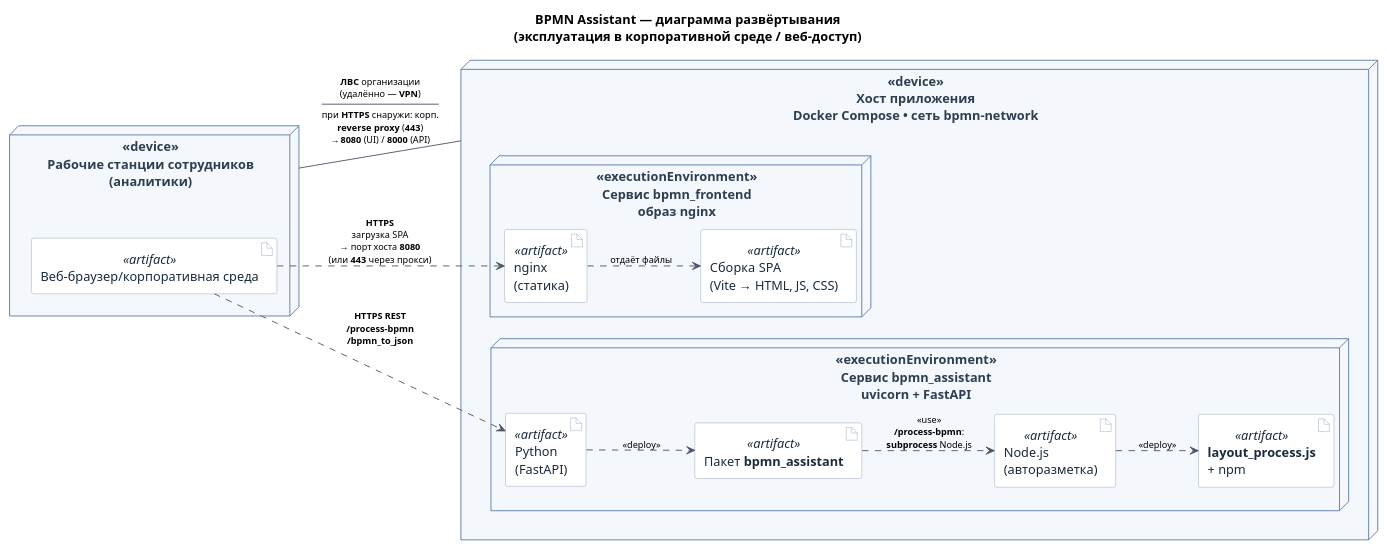
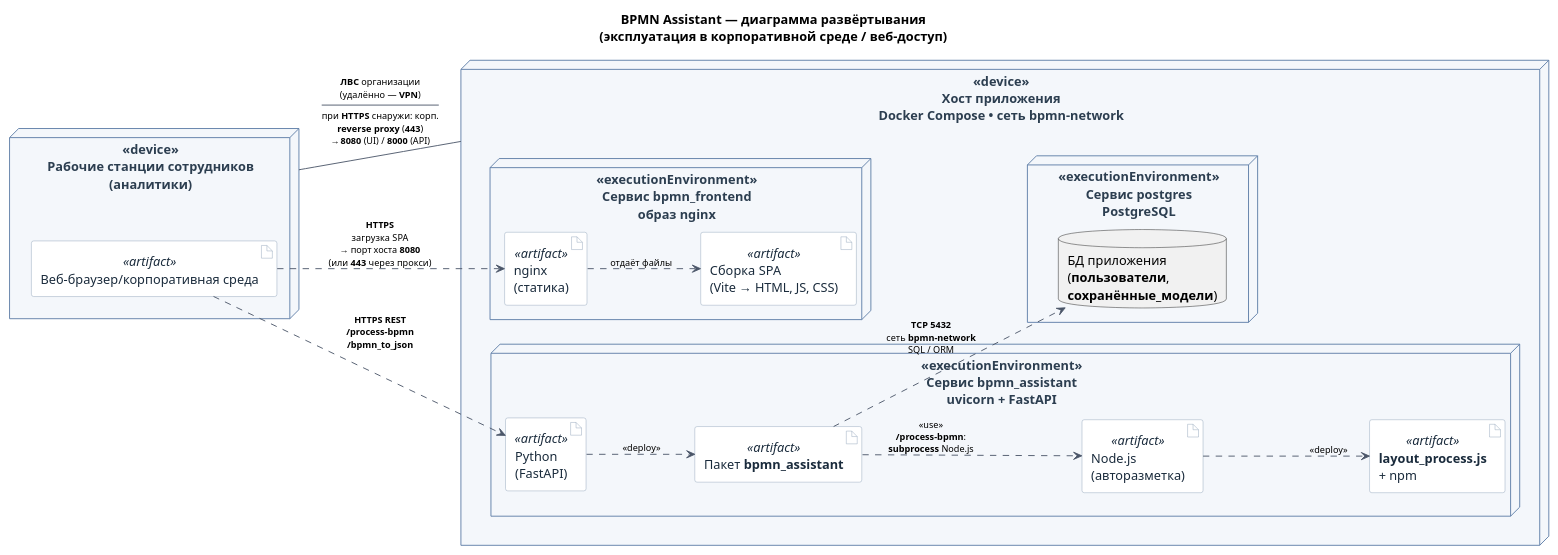
The diagram in docs/bpmn-assistant-deployment-diagram.puml (EmiliyaZhukovich/BPMN), drawn with PlantUML before and after one commit. The commit also changed 5 other files, not shown here.

```diff
--- a/docs/bpmn-assistant-deployment-diagram.puml
+++ b/docs/bpmn-assistant-deployment-diagram.puml
@@ -1,69 +1,75 @@
 @startuml bpmn-assistant-deployment-diagram
 title BPMN Assistant — диаграмма развёртывания\n(эксплуатация в корпоративной среде / веб-доступ)
 
 left to right direction
 
 skinparam shadowing false
 skinparam handwritten false
 skinparam nodesep 50
 skinparam ranksep 48
 skinparam packageStyle rectangle
 skinparam component {
   BackgroundColor #E8EEF7
   BorderColor #3D5A80
   FontColor #1A2B3C
 }
 skinparam node {
   BackgroundColor #F4F7FB
   BorderColor #5C7CA6
   FontColor #2C3E50
   FontStyle bold
 }
 skinparam artifact {
   BackgroundColor #FFFFFF
   BorderColor #8FA3B8
   FontColor #1A2B3C
 }
 skinparam arrow {
   Color #4A5568
   FontSize 10
 }
 
 ' ========== Клиент ==========
 node "Рабочие станции сотрудников\n(аналитики)" <<device>> as NODE_CLIENT {
   artifact "Веб-браузер/корпоративная среда" <<artifact>> as ART_BROWSER
 }
 
 ' ========== Сервер: docker-compose.yml ==========
 node "Хост приложения\nDocker Compose • сеть **bpmn-network**" <<device>> as NODE_HOST {
 
   node "Сервис **bpmn_frontend**\nобраз **nginx**" <<executionEnvironment>> as NODE_UI {
     artifact "nginx\n(статика)" <<artifact>> as ART_HTTP
     artifact "Сборка SPA\n(Vite → HTML, JS, CSS)" <<artifact>> as ART_SPA
   }
 
   node "Сервис **bpmn_assistant**\n**uvicorn** + **FastAPI**" <<executionEnvironment>> as NODE_API {
     artifact "Python\n(FastAPI)" <<artifact>> as ART_PY
     artifact "Пакет **bpmn_assistant**" <<artifact>> as ART_PKG
     artifact "Node.js\n(авторазметка)" <<artifact>> as ART_NODE
     artifact "**layout_process.js**\n+ npm" <<artifact>> as ART_LAYOUT
   }
+
+  node "Сервис **postgres**\n**PostgreSQL**" <<executionEnvironment>> as NODE_DB {
+    database "БД приложения\n(**пользователи**,\n**сохранённые_модели**)" as ART_DB
+  }
 }
 
 ' Канал «устройство — хост» (TLS часто на корп. reverse proxy → те же порты)
 NODE_CLIENT - NODE_HOST : **ЛВС** организации\n(удалённо — **VPN**)\n----\nпри **HTTPS** снаружи: корп.\n**reverse proxy** (**443**)\n→ **8080** (UI) / **8000** (API)
 
 ' Трафик из браузера — на диаграмме, без текстовых заметок
 ART_BROWSER ..> ART_HTTP : **HTTPS**\nзагрузка SPA\n→ порт хоста **8080**\n(или **443** через прокси)
 
 ART_BROWSER ..> ART_PY : **HTTPS REST**\n**/process-bpmn**\n**/bpmn_to_json**
 
 ART_HTTP ..> ART_SPA : отдаёт файлы
 
 ART_PY ..> ART_PKG : <<deploy>>
 
 ART_PKG ..> ART_NODE : <<use>>\n**/process-bpmn**:\n**subprocess** Node.js
 
+ART_PKG ..> ART_DB : **TCP** **5432**\nсеть **bpmn-network**\nSQL / ORM
+
 ART_NODE ..> ART_LAYOUT : <<deploy>>
 
 @enduml
```
